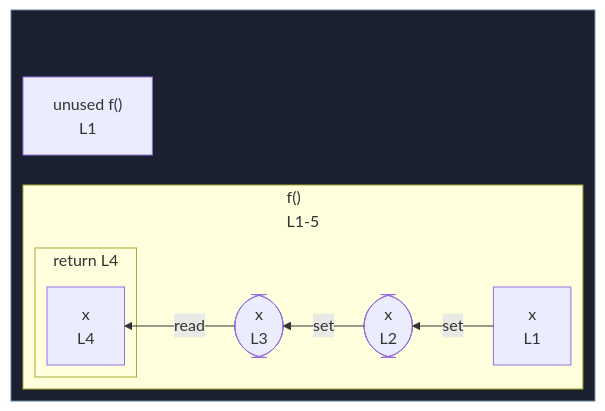
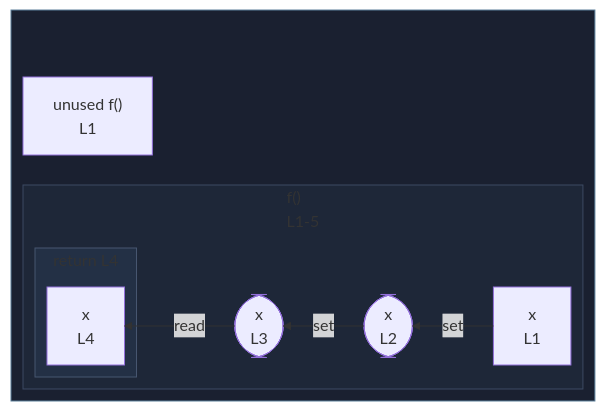
One commit to crescware/unsnarl changed the diagram in integration/fixtures/function/declaration/parameter-reassignment/preview.md. Above: the diagram before and after it, drawn with Mermaid. The commit also changed 249 other files, not shown here.

First line of the commit message:
Color Mermaid subgraphs by nesting depth via theme palette

````diff
--- a/integration/fixtures/function/declaration/parameter-reassignment/preview.md
+++ b/integration/fixtures/function/declaration/parameter-reassignment/preview.md
@@ -15,23 +15,27 @@
 ```mermaid
 %%{init: {"flowchart": {"defaultRenderer": "elk"}}}%%
 flowchart RL
   subgraph wrap_s_scope_1[" "]
     direction TB
     n_scope_0_f_9["unused f()<br/>L1"]
     subgraph s_scope_1["f()<br/>L1-5"]
       direction RL
       n_scope_1_x_11["x<br/>L1"]
       wr_ref_0(["x<br/>L2"])
       wr_ref_2(["x<br/>L3"])
       subgraph s_return_scope_0_f_9_52_61["return L4"]
         direction RL
         ret_use_ref_4["x<br/>L4"]
       end
     end
   end
   n_scope_1_x_11 -->|set| wr_ref_0
   wr_ref_0 -->|set| wr_ref_2
   wr_ref_2 -->|read| ret_use_ref_4
   classDef fnWrap fill:#1a2030,stroke:#5a7d99;
   class wrap_s_scope_1 fnWrap;
+  classDef nestL1 fill:#1e2738,stroke:#3d4a63;
+  class s_scope_1 nestL1;
+  classDef nestL2 fill:#233045,stroke:#475670;
+  class s_return_scope_0_f_9_52_61 nestL2;
 ```
````
